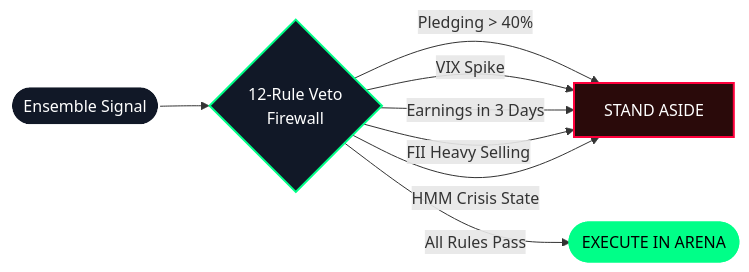
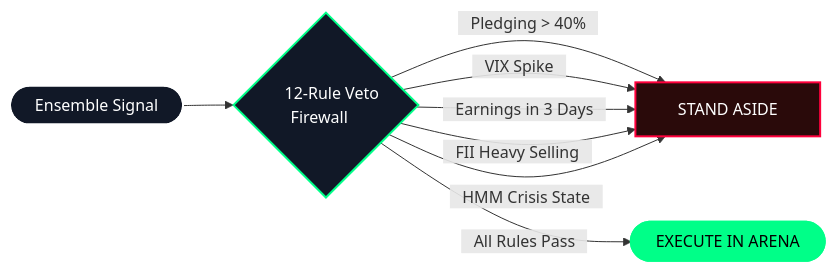
The fourth of 5 diagrams in README.md (SaiSiddharthBS/MarketAnalyser), drawn with Mermaid before and after one commit. The commit also changed other lines of this file, not shown here.

Commit message:
docs: Fix mermaid clipping by stripping markdown strings and injecting structural HTML non-breaking spaces for bounding box pad

````diff
--- a/README.md
+++ b/README.md
@@ -308,21 +308,21 @@
 ```mermaid
 flowchart LR
-    Signal(["`Ensemble Signal`"]) --> Veto{"`12-Rule Veto<br/>Firewall`"}
-    Veto -->|"`Pledging > 40%`"| Block["`STAND ASIDE`"]
-    Veto -->|"`VIX Spike`"| Block
-    Veto -->|"`Earnings in 3 Days`"| Block
-    Veto -->|"`FII Heavy Selling`"| Block
-    Veto -->|"`HMM Crisis State`"| Block
-    Veto -->|"`All Rules Pass`"| Exec(["`EXECUTE IN ARENA`"])
+    Signal(["&nbsp;&nbsp;&nbsp;Ensemble Signal&nbsp;&nbsp;&nbsp;"]) --> Veto{"&nbsp;&nbsp;&nbsp;12-Rule Veto<br/>Firewall&nbsp;&nbsp;&nbsp;"}
+    Veto -->|"&nbsp;&nbsp;&nbsp;Pledging > 40%&nbsp;&nbsp;&nbsp;"| Block["&nbsp;&nbsp;&nbsp;STAND ASIDE&nbsp;&nbsp;&nbsp;"]
+    Veto -->|"&nbsp;&nbsp;&nbsp;VIX Spike&nbsp;&nbsp;&nbsp;"| Block
+    Veto -->|"&nbsp;&nbsp;&nbsp;Earnings in 3 Days&nbsp;&nbsp;&nbsp;"| Block
+    Veto -->|"&nbsp;&nbsp;&nbsp;FII Heavy Selling&nbsp;&nbsp;&nbsp;"| Block
+    Veto -->|"&nbsp;&nbsp;&nbsp;HMM Crisis State&nbsp;&nbsp;&nbsp;"| Block
+    Veto -->|"&nbsp;&nbsp;&nbsp;All Rules Pass&nbsp;&nbsp;&nbsp;"| Exec(["&nbsp;&nbsp;&nbsp;EXECUTE IN ARENA&nbsp;&nbsp;&nbsp;"])
 
     classDef default fill:#0b101e,stroke:#00e5ff,stroke-width:2px,color:#ffffff;
     classDef decision fill:#111827,stroke:#00ff88,stroke-width:2px,color:#ffffff;
     classDef block fill:#2a0a0a,stroke:#ff003c,stroke-width:2px,color:#ffffff;
     classDef exec fill:#00ff88,stroke:#00ff88,stroke-width:2px,color:#000000;
     classDef signal fill:#111827,stroke:#ffffff,stroke-width:2px,color:#ffffff;
 
     class Signal signal;
     class Veto decision;
     class Block block;
     class Exec exec;
 ```
````
